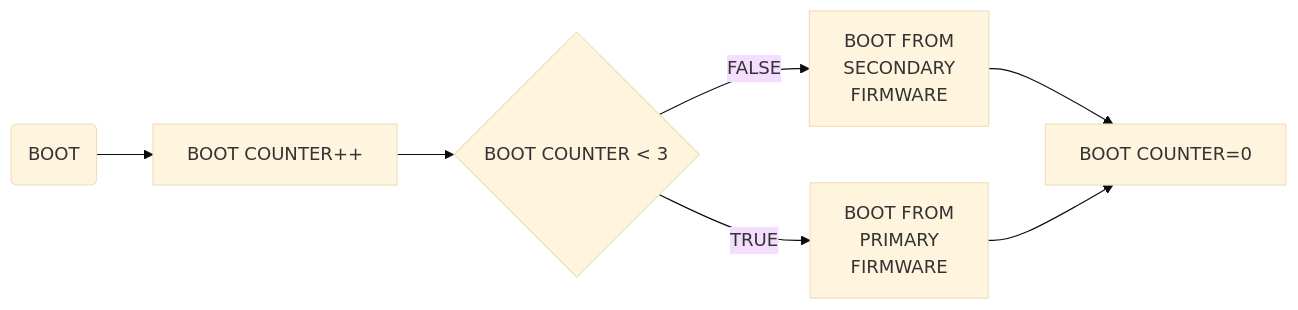
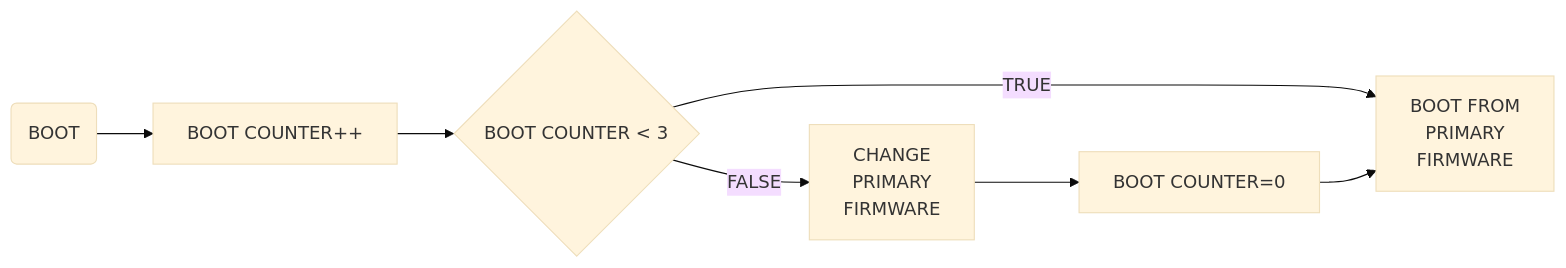
The diagram in README.md (PeakSat/OBC-bootloader), drawn with Mermaid (base theme) before and after one commit. The commit also changed other lines of this file, not shown here.

````diff
--- a/README.md
+++ b/README.md
@@ -4,9 +5,9 @@
 ```mermaid
 graph LR
 A(BOOT) --> B[BOOT COUNTER++]
 B --> C{BOOT COUNTER < 3}
-C -- FALSE --> D[BOOT FROM<BR>SECONDARY<BR>FIRMWARE]
+C -- FALSE --> D[CHANGE<BR>PRIMARY<BR>FIRMWARE]
+D --> F[BOOT COUNTER=0]
 C -- TRUE --> E[BOOT FROM<BR>PRIMARY<BR>FIRMWARE]
-D --> F[BOOT COUNTER=0]
-E --> F
+F -->E
 ```
````
